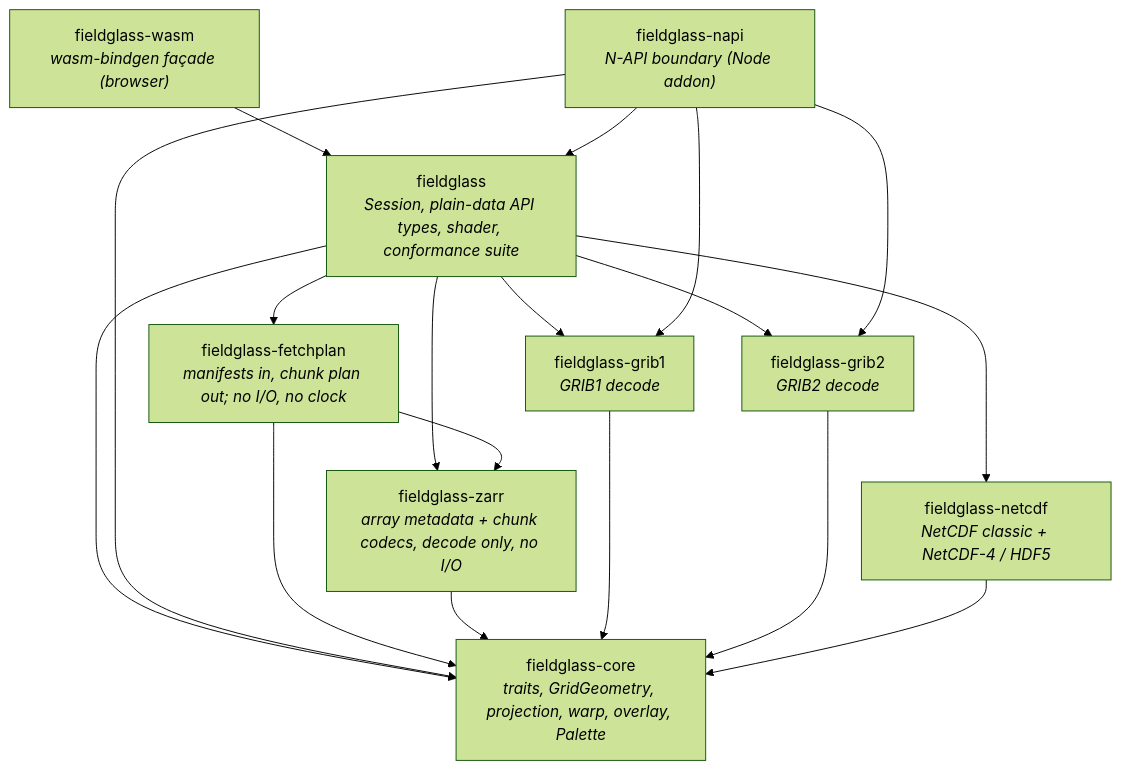
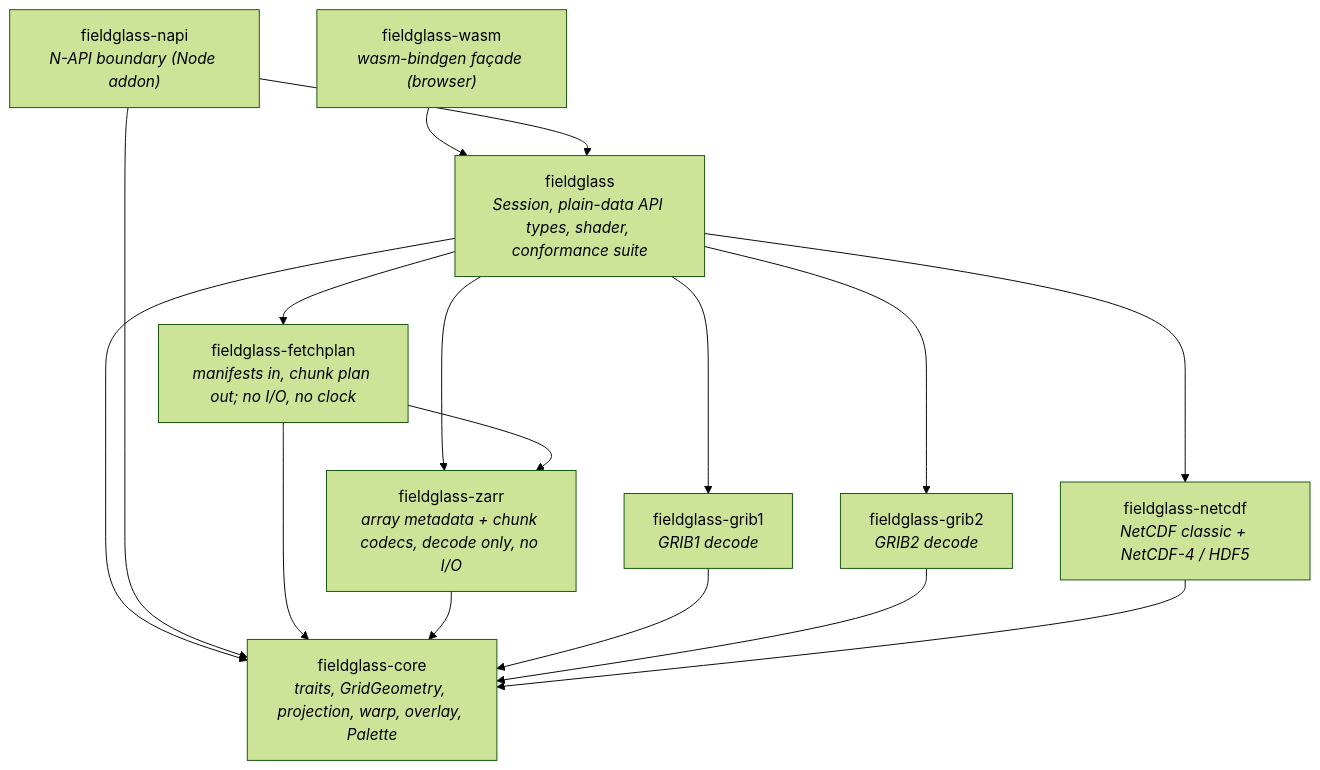
One commit to D0ubleD0uble/fieldglass changed the diagram in docs/architecture/01-crates.md. Above: the diagram before and after it, drawn with Mermaid (forest theme). The commit also changed other lines of this file and 13 other files, not shown here.

````diff
--- a/docs/architecture/01-crates.md
+++ b/docs/architecture/01-crates.md
@@ -18,30 +17,28 @@
 ```mermaid
 flowchart TD
     napi["fieldglass-napi<br/><i>N-API boundary (Node addon)</i>"]
     wasm["fieldglass-wasm<br/><i>wasm-bindgen façade (browser)</i>"]
     fieldglass["fieldglass<br/><i>Session, plain-data API types, shader, conformance suite</i>"]
     grib1["fieldglass-grib1<br/><i>GRIB1 decode</i>"]
     grib2["fieldglass-grib2<br/><i>GRIB2 decode</i>"]
     netcdf["fieldglass-netcdf<br/><i>NetCDF classic + NetCDF-4 / HDF5</i>"]
     core["fieldglass-core<br/><i>traits, GridGeometry, projection, warp, overlay, Palette</i>"]
     fetchplan["fieldglass-fetchplan<br/><i>manifests in, chunk plan out; no I/O, no clock</i>"]
     zarr["fieldglass-zarr<br/><i>array metadata + chunk codecs, decode only, no I/O</i>"]
 
     wasm --> fieldglass
     fieldglass --> grib1
     fieldglass --> grib2
     fieldglass --> netcdf
     fieldglass --> zarr
     fieldglass --> core
     fieldglass --> fetchplan
     napi --> fieldglass
-    napi --> grib1
-    napi --> grib2
     napi --> core
     fetchplan --> core
     fetchplan --> zarr
     zarr --> core
     grib1 --> core
     grib2 --> core
     netcdf --> core
 ```
````
